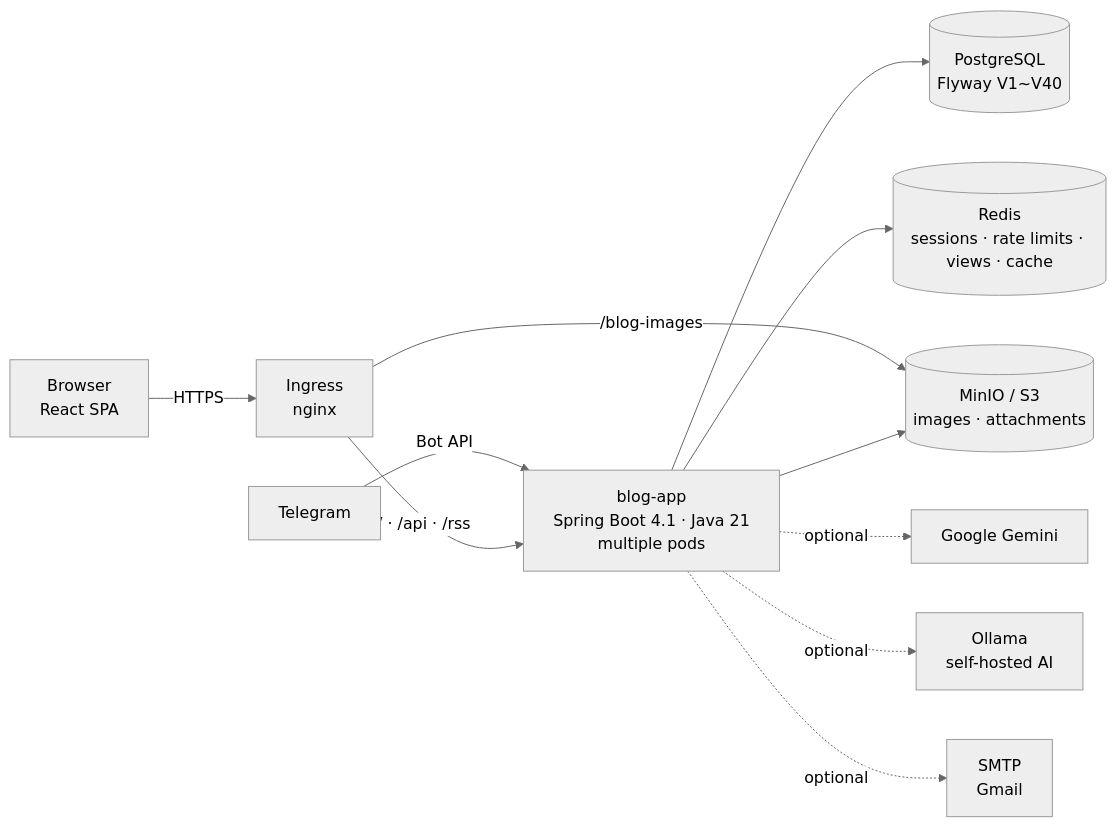
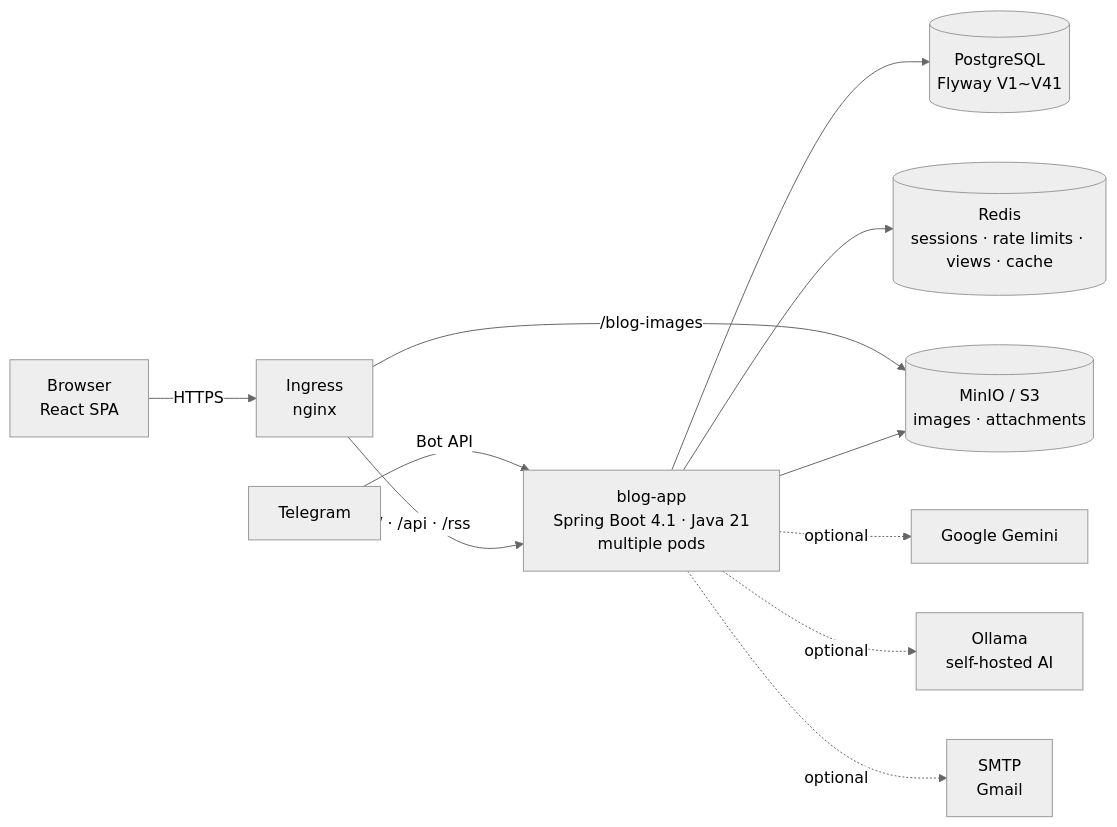
Before and after one commit to AIGJ-01-002-blog/devlog: the first of 3 diagrams in README.en.md, drawn with Mermaid (neutral theme). The commit also changed other lines of this file and 3 other files, not shown here.

````diff
--- a/README.en.md
+++ b/README.en.md
@@ -151,13 +151,13 @@
 ```mermaid
 flowchart LR
     B[Browser<br/>React SPA] -->|HTTPS| I[Ingress<br/>nginx]
     T[Telegram] -->|Bot API| A
     I -->|/ · /api · /rss| A[blog-app<br/>Spring Boot 4.1 · Java 21<br/>multiple pods]
     I -->|/blog-images| M[(MinIO / S3<br/>images · attachments)]
-    A --> P[(PostgreSQL<br/>Flyway V1~V40)]
+    A --> P[(PostgreSQL<br/>Flyway V1~V41)]
     A --> R[(Redis<br/>sessions · rate limits · views · cache)]
     A --> M
     A -.optional.-> G[Google Gemini]
     A -.optional.-> O[Ollama<br/>self-hosted AI]
     A -.optional.-> S[SMTP<br/>Gmail]
 ```
````
